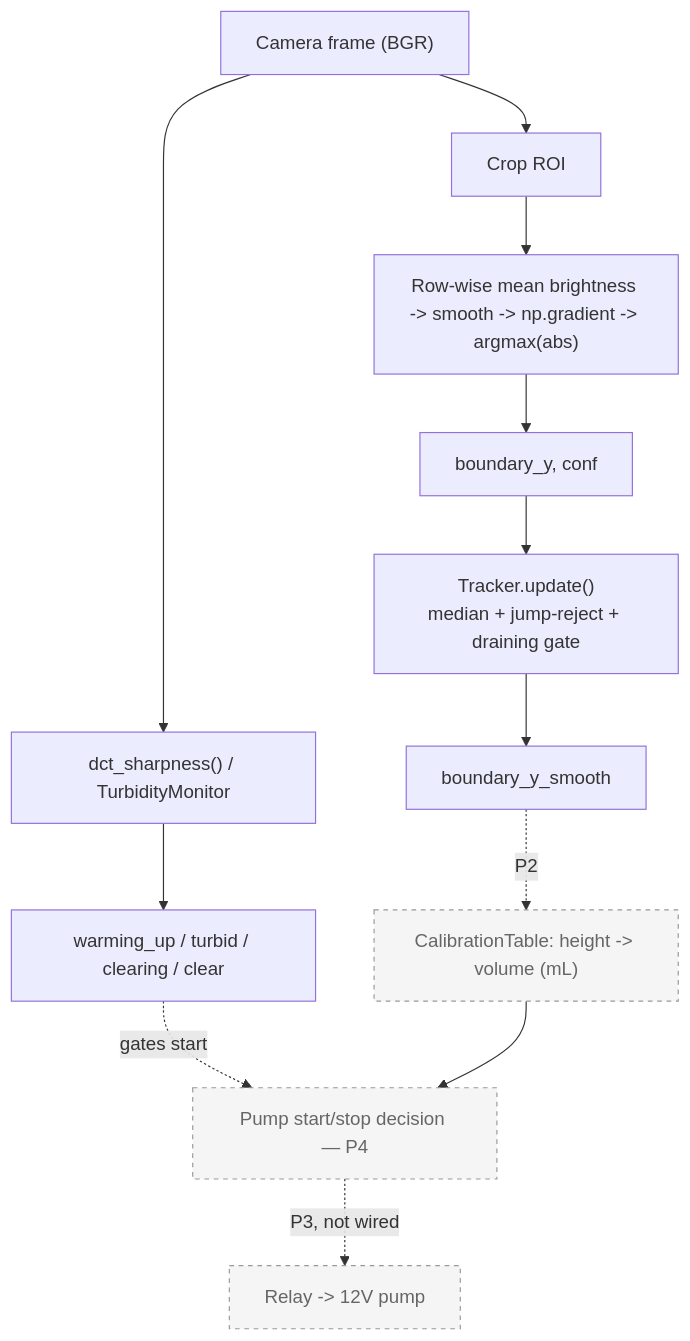
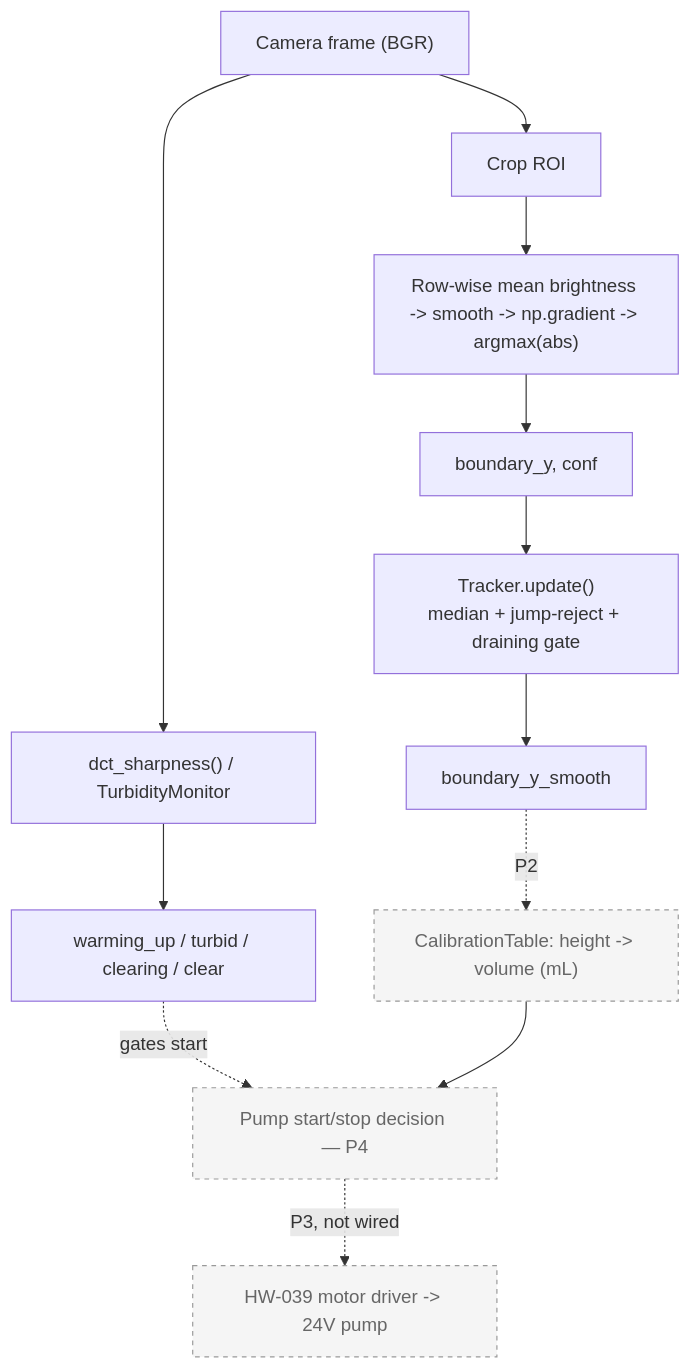
The first of 2 diagrams in README.md (Cherrpxp/extractlab), drawn with Mermaid before and after one commit. The commit also changed other lines of this file, not shown here.

````diff
--- a/README.md
+++ b/README.md
@@ -41,19 +43,19 @@
 ```mermaid
 flowchart TD
     A["Camera frame (BGR)"] --> B["Crop ROI"]
     B --> C["Row-wise mean brightness -> smooth -> np.gradient -> argmax(abs)"]
     C --> D["boundary_y, conf"]
     D --> E["Tracker.update()\nmedian + jump-reject + draining gate"]
     E --> F["boundary_y_smooth"]
 
     A --> G["dct_sharpness() / TurbidityMonitor"]
     G --> H["warming_up / turbid / clearing / clear"]
 
     F -. "P2" .-> I["CalibrationTable: height -> volume (mL)"]
     H -. "gates start" .-> J
     I --> J["Pump start/stop decision — P4"]
-    J -. "P3, not wired" .-> K["Relay -> 12V pump"]
+    J -. "P3, not wired" .-> K["HW-039 motor driver -> 24V pump"]
 
     classDef pending fill:#f5f5f5,stroke:#999,stroke-dasharray: 4 4,color:#666
     class I,J,K pending
 ```
````
